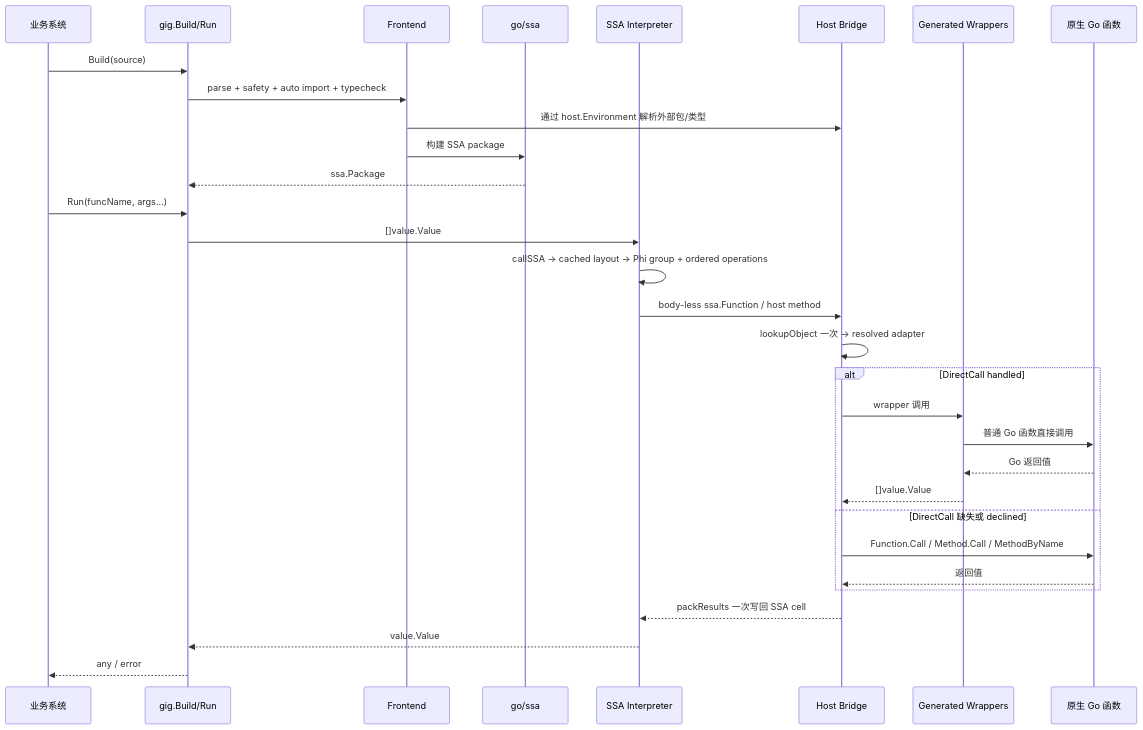
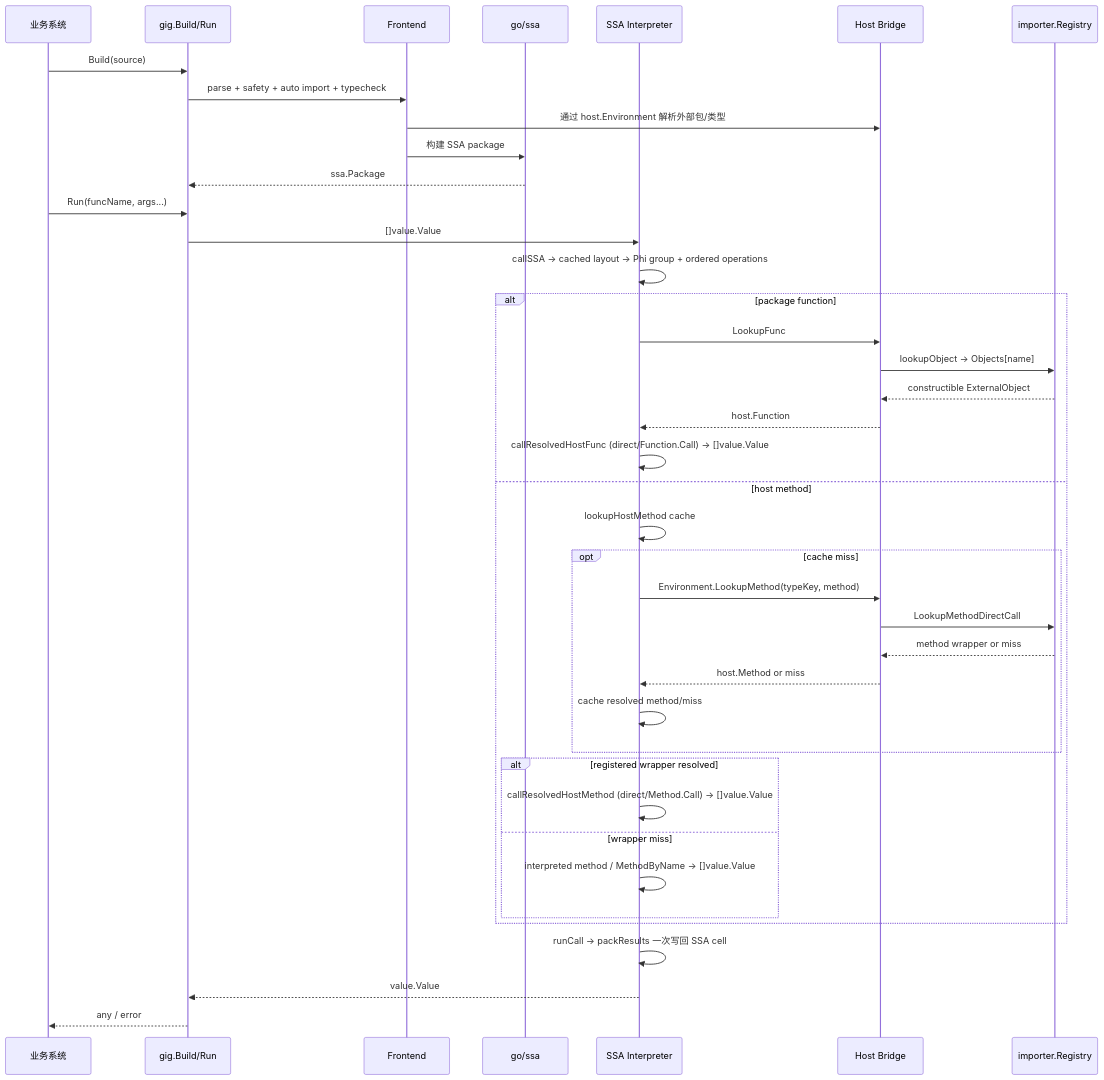
The second of 2 diagrams in docs/GIG_RULE_ENGINE_OVERVIEW_CN.md (t04dJ14n9/GIG), drawn with Mermaid before and after one commit. The commit also changed other lines of this file and 2 other files, not shown here.

Commit message:
docs: correct host resolution flow

````diff
--- a/docs/GIG_RULE_ENGINE_OVERVIEW_CN.md
+++ b/docs/GIG_RULE_ENGINE_OVERVIEW_CN.md
@@ -109,35 +117,44 @@
 ```mermaid
 sequenceDiagram
     participant User as 业务系统
     participant Gig as gig.Build/Run
     participant FE as Frontend
     participant SSA as go/ssa
     participant I as SSA Interpreter
     participant H as Host Bridge
-    participant G as Generated Wrappers
-    participant Go as 原生 Go 函数
+    participant R as importer.Registry
 
     User->>Gig: Build(source)
     Gig->>FE: parse + safety + auto import + typecheck
     FE->>H: 通过 host.Environment 解析外部包/类型
     FE->>SSA: 构建 SSA package
     SSA-->>Gig: ssa.Package
 
     User->>Gig: Run(funcName, args...)
     Gig->>I: []value.Value
     I->>I: callSSA -> cached layout -> Phi group + ordered operations
-    I->>H: body-less ssa.Function / host method
-    H->>H: lookupObject 一次 -> resolved adapter
-    alt DirectCall handled
-        H->>G: wrapper 调用
-        G->>Go: 普通 Go 函数直接调用
-        Go-->>G: Go 返回值
-        G-->>H: []value.Value
-    else DirectCall 缺失或 declined
-        H->>Go: Function.Call / Method.Call / MethodByName
-        Go-->>H: 返回值
+    alt package function
+        I->>H: LookupFunc
+        H->>R: lookupObject -> Objects[name]
+        R-->>H: constructible ExternalObject
+        H-->>I: host.Function
+        I->>I: callResolvedHostFunc (direct/Function.Call) -> []value.Value
+    else host method
+        I->>I: lookupHostMethod cache
+        opt cache miss
+            I->>H: Environment.LookupMethod(typeKey, method)
+            H->>R: LookupMethodDirectCall
+            R-->>H: method wrapper or miss
+            H-->>I: host.Method or miss
+            I->>I: cache resolved method/miss
+        end
+        alt registered wrapper resolved
+            I->>I: callResolvedHostMethod (direct/Method.Call) -> []value.Value
+        else wrapper miss
+            I->>I: interpreted method / MethodByName -> []value.Value
+        end
     end
-    H-->>I: packResults 一次写回 SSA cell
+    I->>I: runCall -> packResults 一次写回 SSA cell
     I-->>Gig: value.Value
     Gig-->>User: any / error
 ```
````
